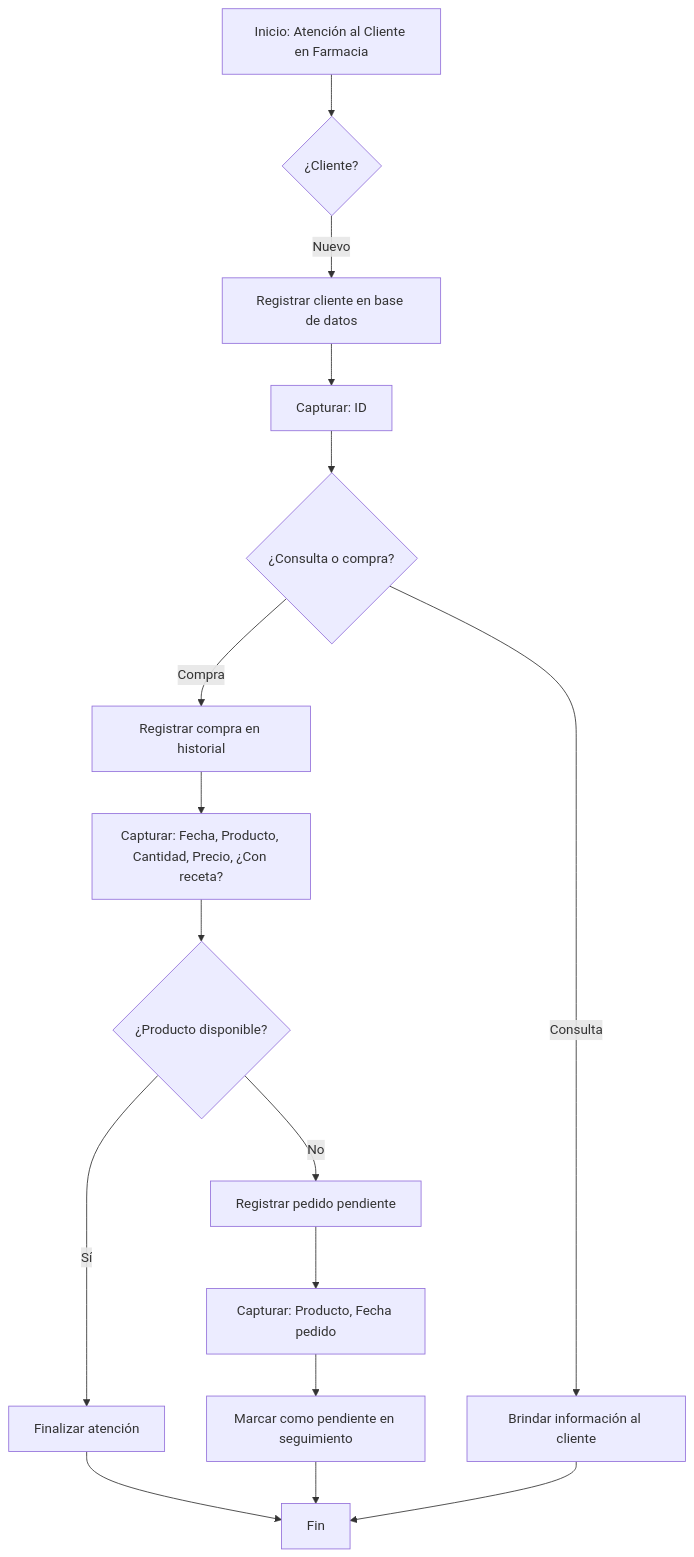
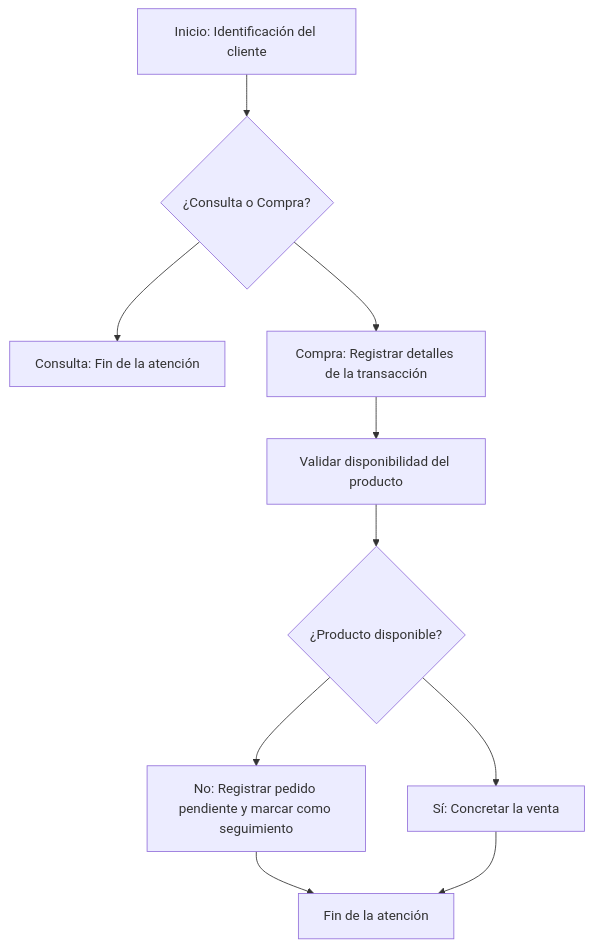
Before and after one commit to bererivcp/proceso_farmacia.md: the diagram in proceso_farmacia.md, drawn with Mermaid. The commit also changed other lines of this file, not shown here.

````diff
--- a/proceso_farmacia.md
+++ b/proceso_farmacia.md
@@ -3,26 +2,14 @@
 ```mermaid
 flowchart TD
-    A[Inicio: Atención al Cliente en Farmacia] --> B{¿Cliente?}
-
-    B -- Nuevo --> C[Registrar cliente en base de datos]
-    C --> D[Capturar: ID]
-    D --> F{¿Consulta o compra?}
-
-    F -- Consulta --> G[Brindar información al cliente]
-
-    F -- Compra --> H[Registrar compra en historial]
-    H --> I[Capturar: Fecha, Producto, Cantidad, Precio, ¿Con receta?]
-
-    I --> J{¿Producto disponible?}
-
-    J -- Sí --> K[Finalizar atención]
-
-    J -- No --> L[Registrar pedido pendiente]
-    L --> M[Capturar: Producto, Fecha pedido]
-    M --> N[Marcar como pendiente en seguimiento]
-
-    K --> O[Fin]
-    N --> O
-    G --> O
+    A[Inicio: Identificación del cliente]
+    A --> B{¿Consulta o Compra?}
+    B --> C[Consulta: Fin de la atención]
+    B --> D[Compra: Registrar detalles de la transacción]
+    D --> E[Validar disponibilidad del producto]
+    E --> F{¿Producto disponible?}
+    F --> G[No: Registrar pedido pendiente y marcar como seguimiento]
+    G --> H[Fin de la atención]
+    F --> I[Sí: Concretar la venta]
+    I --> H
 
 ```
````
